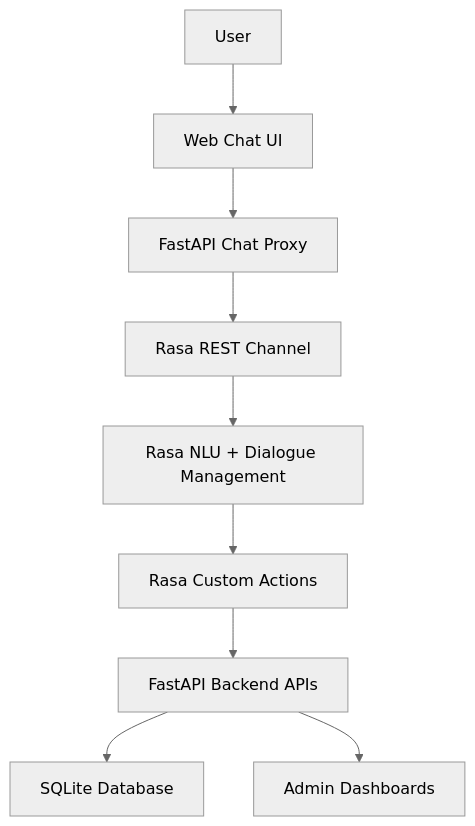
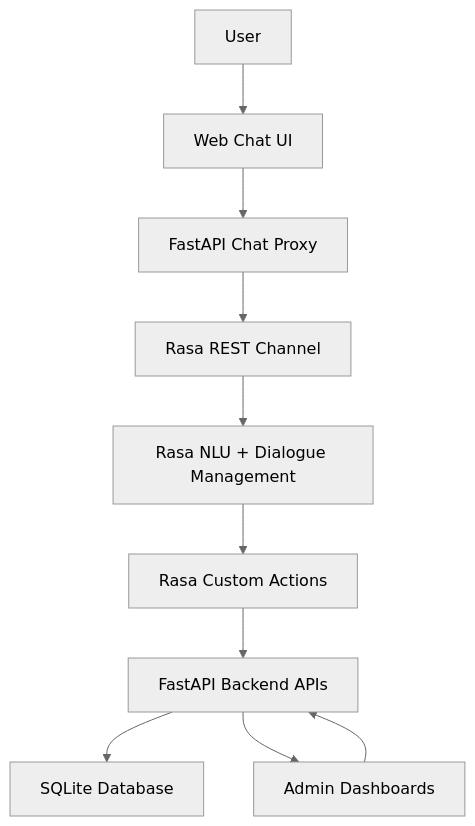
The diagram in README.md (Ayu5h-Maurya/E-commerce-practical-enquiry-chatbot), drawn with Mermaid (neutral theme) before and after one commit. The commit also changed other lines of this file, not shown here.

````diff
--- a/README.md
+++ b/README.md
@@ -65,11 +82,12 @@
 ```mermaid
 flowchart TD
     A[User] --> B[Web Chat UI]
     B --> C[FastAPI Chat Proxy]
     C --> D[Rasa REST Channel]
     D --> E[Rasa NLU + Dialogue Management]
     E --> F[Rasa Custom Actions]
     F --> G[FastAPI Backend APIs]
     G --> H[SQLite Database]
     G --> I[Admin Dashboards]
+    I --> G
 ```
````
